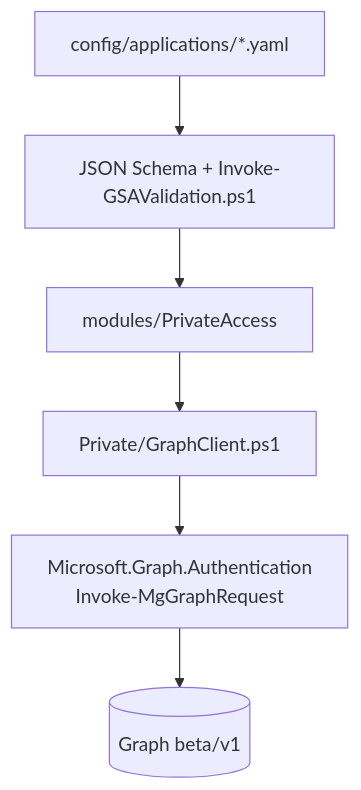
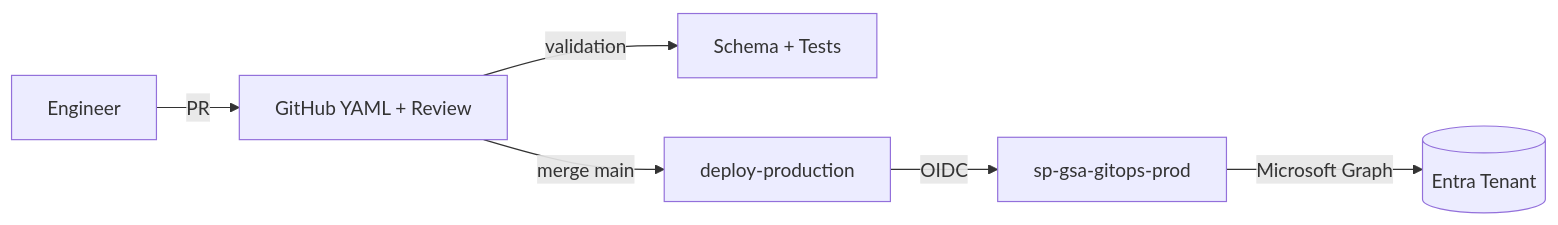
One commit to Nuvatech-GmbH/entra-private-access-gitops changed the second of 2 diagrams in README.md. Above: the diagram before and after it, drawn with Mermaid. The commit also changed other lines of this file and 3 other files, not shown here.

````diff
--- a/README.md
+++ b/README.md
@@ -56,8 +326,8 @@
 ```mermaid
-flowchart TB
-  YAML[config/applications/*.yaml] --> ValS[JSON Schema + Invoke-GSAValidation.ps1]
-  ValS --> PS[modules/PrivateAccess]
-  PS --> GC[Private/GraphClient.ps1]
-  GC --> MG[Microsoft.Graph.Authentication\nInvoke-MgGraphRequest]
-  MG --> API[(Graph beta/v1)]
+flowchart LR
+  Eng[Engineer] -->|PR| GitHub[GitHub YAML + Review]
+  GitHub -->|validation| Val[Schema + Tests]
+  GitHub -->|merge main| Dep[deploy-production]
+  Dep -->|OIDC| SP[sp-gsa-gitops-prod]
+  SP -->|Microsoft Graph| Tenant[(Entra Tenant)]
 ```
````
